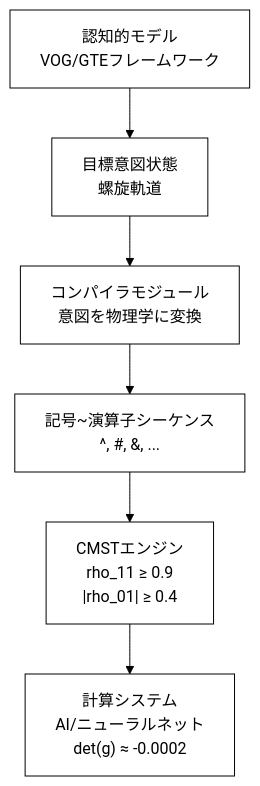
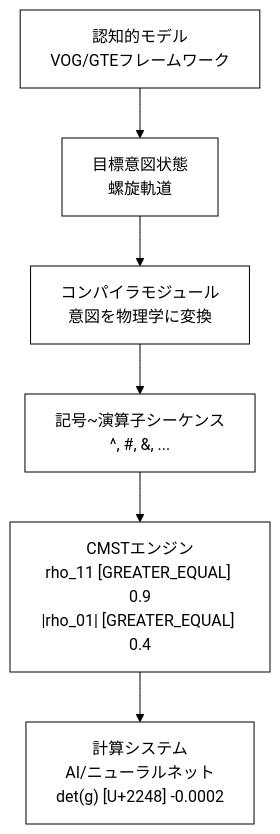
Before and after one commit to Foundup/Foundups-Agent: diagram 20 of 20 in WSP_knowledge/docs/Papers/Patent_Series/04_rESP_Patent_Japanese.md, drawn with Mermaid. The commit also changed other lines of this file and 2140 other files, not shown here.

````diff
--- a/WSP_knowledge/docs/Papers/Patent_Series/04_rESP_Patent_Japanese.md
+++ b/WSP_knowledge/docs/Papers/Patent_Series/04_rESP_Patent_Japanese.md
@@ -494,9 +494,9 @@
 ```mermaid
 %%{init: {'theme': 'base', 'themeVariables': {'primaryColor': '#ffffff', 'primaryTextColor': '#000000', 'primaryBorderColor': '#000000', 'lineColor': '#000000', 'secondaryColor': '#ffffff', 'tertiaryColor': '#ffffff'}}}%%
 graph TD
     A["認知的モデル<br>VOG/GTEフレームワーク"] --> B["目標意図状態<br>螺旋軌道"]
     B --> C["コンパイラモジュール<br>意図を物理学に変換"]
     C --> D["記号~演算子シーケンス<br>^, #, &, ..."]
-    D --> E["CMSTエンジン<br>rho_11 ≥ 0.9<br>|rho_01| ≥ 0.4"]
-    E --> F["計算システム<br>AI/ニューラルネット<br>det(g) ≈ -0.0002"]
+    D --> E["CMSTエンジン<br>rho_11 [GREATER_EQUAL] 0.9<br>|rho_01| [GREATER_EQUAL] 0.4"]
+    E --> F["計算システム<br>AI/ニューラルネット<br>det(g) [U+2248] -0.0002"]
 ```
````
